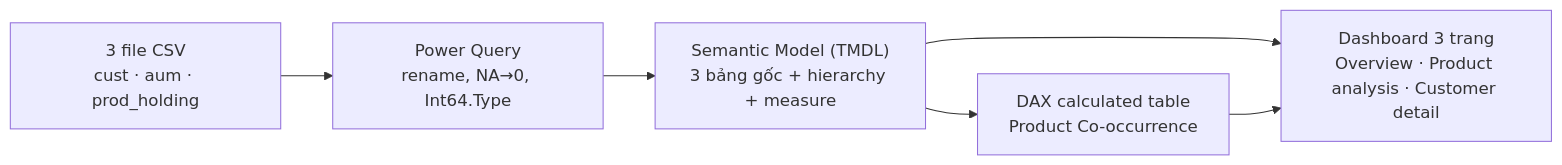
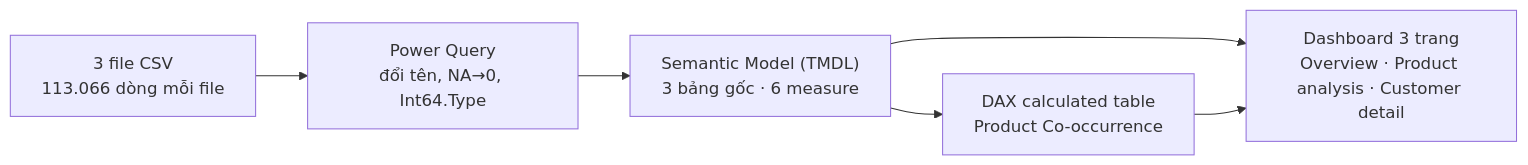
Before and after one commit to Dangcodervn/bank-customer-segmentation: the diagram in README.md, drawn with Mermaid. The commit also changed other lines of this file and 1 other file, not shown here.

````diff
--- a/README.md
+++ b/README.md
@@ -86,8 +102,8 @@
 ```mermaid
 flowchart LR
-    A["3 file CSV<br/>cust · aum · prod_holding"] --> B["Power Query<br/>rename, NA→0, Int64.Type"]
-    B --> C["Semantic Model (TMDL)<br/>3 bảng gốc + hierarchy + measure"]
+    A["3 file CSV<br/>113.066 dòng mỗi file"] --> B["Power Query<br/>đổi tên, NA→0, Int64.Type"]
+    B --> C["Semantic Model (TMDL)<br/>3 bảng gốc · 6 measure"]
     C --> D["DAX calculated table<br/>Product Co-occurrence"]
     C --> E["Dashboard 3 trang<br/>Overview · Product analysis · Customer detail"]
     D --> E
 ```
````
